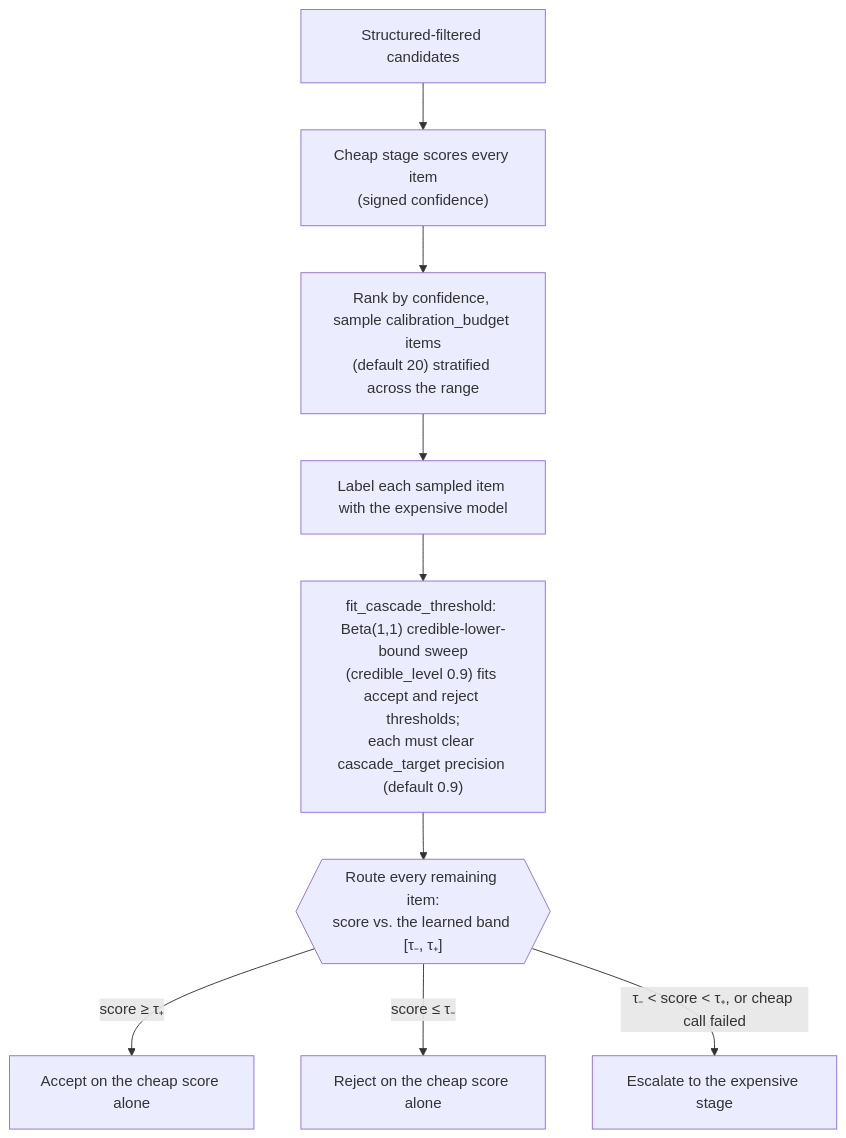
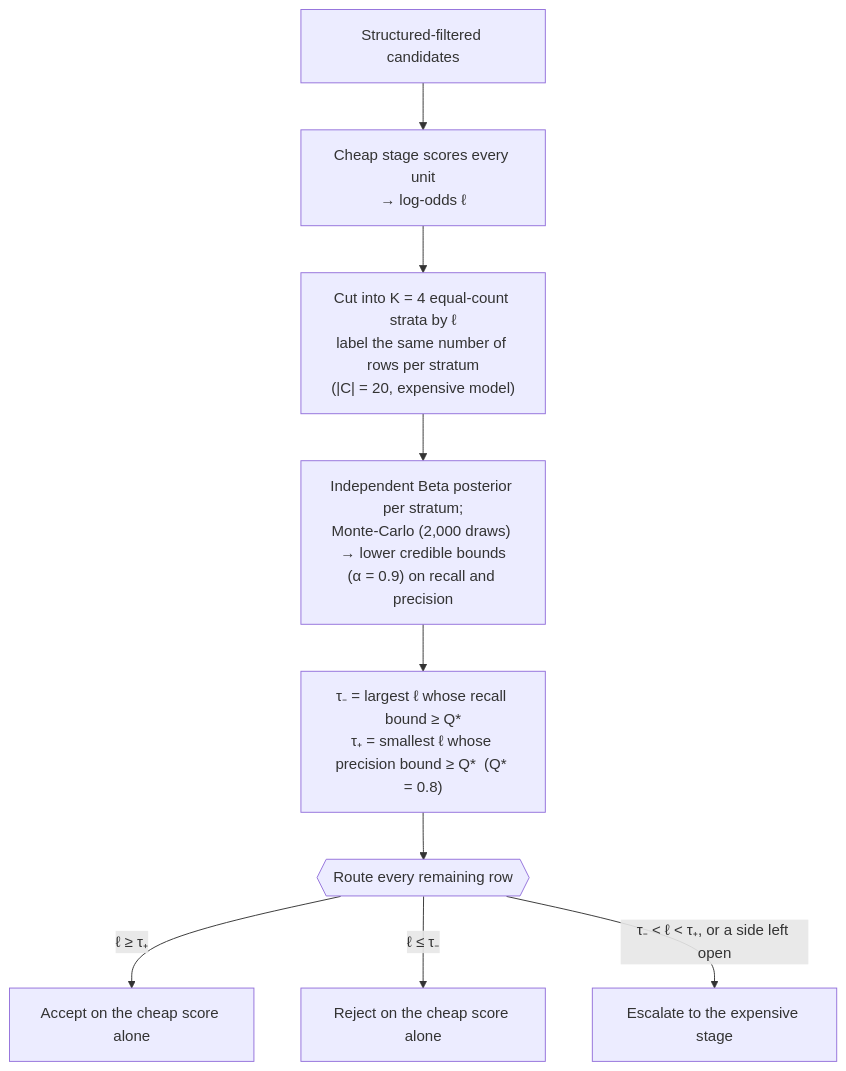
The sixth of 6 diagrams in README.md (AnnaRemi/SemanticCascadedLLMJoins), drawn with Mermaid before and after one commit. The commit also changed other lines of this file and 640 other files, not shown here.

````diff
--- a/README.md
+++ b/README.md
@@ -388,11 +394,11 @@
 ```mermaid
 flowchart TD
-    Cand[Structured-filtered candidates] --> Score["Cheap stage scores every item<br/>(signed confidence)"]
-    Score --> Sample["Rank by confidence, sample calibration_budget items<br/>(default 20) stratified across the range"]
-    Sample --> Oracle["Label each sampled item with the expensive model"]
-    Oracle --> Learn["fit_cascade_threshold: Beta(1,1) credible-lower-bound sweep<br/>(credible_level 0.9) fits accept and reject thresholds;<br/>each must clear cascade_target precision (default 0.9)"]
-    Learn --> Route{{"Route every remaining item:<br/>score vs. the learned band [τ₋, τ₊]"}}
-    Route -->|"score ≥ τ₊"| Accept[Accept on the cheap score alone]
-    Route -->|"score ≤ τ₋"| Reject[Reject on the cheap score alone]
-    Route -->|"τ₋ < score < τ₊, or cheap call failed"| Escalate[Escalate to the expensive stage]
+    Cand[Structured-filtered candidates] --> Score["Cheap stage scores every unit<br/>→ log-odds ℓ"]
+    Score --> Strata["Cut into K = 4 equal-count strata by ℓ<br/>label the same number of rows per stratum<br/>(|C| = 20, expensive model)"]
+    Strata --> Beta["Independent Beta posterior per stratum;<br/>Monte-Carlo (2,000 draws) → lower credible bounds<br/>(α = 0.9) on recall and precision"]
+    Beta --> Band["τ₋ = largest ℓ whose recall bound ≥ Q*<br/>τ₊ = smallest ℓ whose precision bound ≥ Q*  (Q* = 0.8)"]
+    Band --> Route{{"Route every remaining row"}}
+    Route -->|"ℓ ≥ τ₊"| Accept[Accept on the cheap score alone]
+    Route -->|"ℓ ≤ τ₋"| Reject[Reject on the cheap score alone]
+    Route -->|"τ₋ < ℓ < τ₊, or a side left open"| Escalate[Escalate to the expensive stage]
 ```
````
